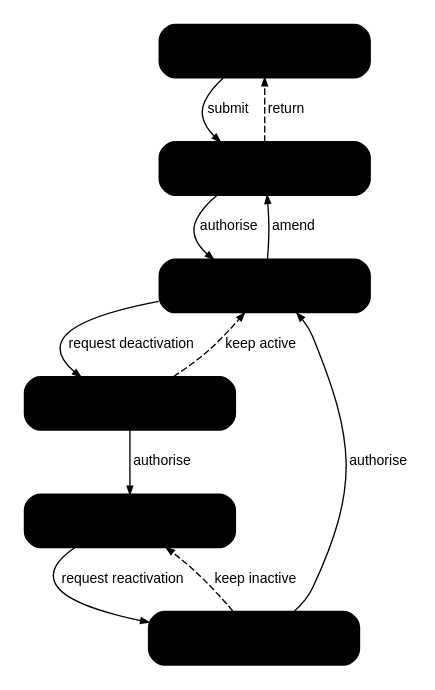
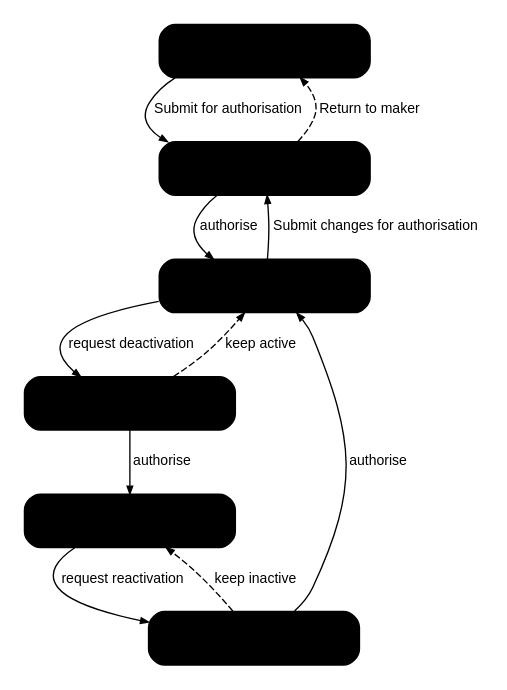
One commit to IortaTexhNXT-DEV/FinVerse changed the diagram in docs/deliverables/src/BRD-05_Accounting_Disbursement_ACSL/figures/brd05_v2_payee.dot. Above: the diagram before and after it, drawn with Graphviz. The commit also changed 42 other files, not shown here.

```diff
--- a/docs/deliverables/src/BRD-05_Accounting_Disbursement_ACSL/figures/brd05_v2_payee.dot
+++ b/docs/deliverables/src/BRD-05_Accounting_Disbursement_ACSL/figures/brd05_v2_payee.dot
@@ -1,24 +1,24 @@
 // BRD-5 Volume 2: workflow DISB_PAYEE (V890, V893). FRS section 5.5.
 digraph v2_payee {
   graph [rankdir=TB, fontname="Arial", nodesep=0.55, ranksep=0.5, bgcolor="white", pad=0.15];
   node  [shape=box, style="rounded,filled", fillcolor="@BG_BLUE", color="@HEADER_BLUE", penwidth=1.1,
          fontname="Arial", fontsize=12, fontcolor="@NEAR_BLACK", width=2.2, height=0.55];
   edge  [color="@MUTED", arrowsize=0.6, fontname="Arial", fontsize=10.5, fontcolor="@TEXT"];
 
   DR  [label="DRAFT\nTeam Leader"];
   FA  [label="FOR_AUTHORIZATION\nApprover"];
   AC  [label="ACTIVE", fillcolor="@SUCCESS_BG", color="@SUCCESS"];
   FD  [label="FOR_DEACTIVATION\nApprover"];
   IN  [label="INACTIVE", fillcolor="@DIRTY_WHITE", color="@MUTED"];
   FRA [label="FOR_REACTIVATION\nApprover"];
-  DR -> FA [label=" submit"];
+  DR -> FA [label=" Submit for authorisation"];
   FA -> AC [label=" authorise"];
-  FA -> DR [label=" return", style=dashed];
-  AC -> FA [label=" amend"];
+  FA -> DR [label=" Return to maker", style=dashed];
+  AC -> FA [label=" Submit changes for authorisation"];
   AC -> FD [label=" request deactivation"];
   FD -> IN [label=" authorise"];
   FD -> AC [label=" keep active", style=dashed];
   IN -> FRA [label=" request reactivation"];
   FRA -> AC [label=" authorise"];
   FRA -> IN [label=" keep inactive", style=dashed];
 }
```
